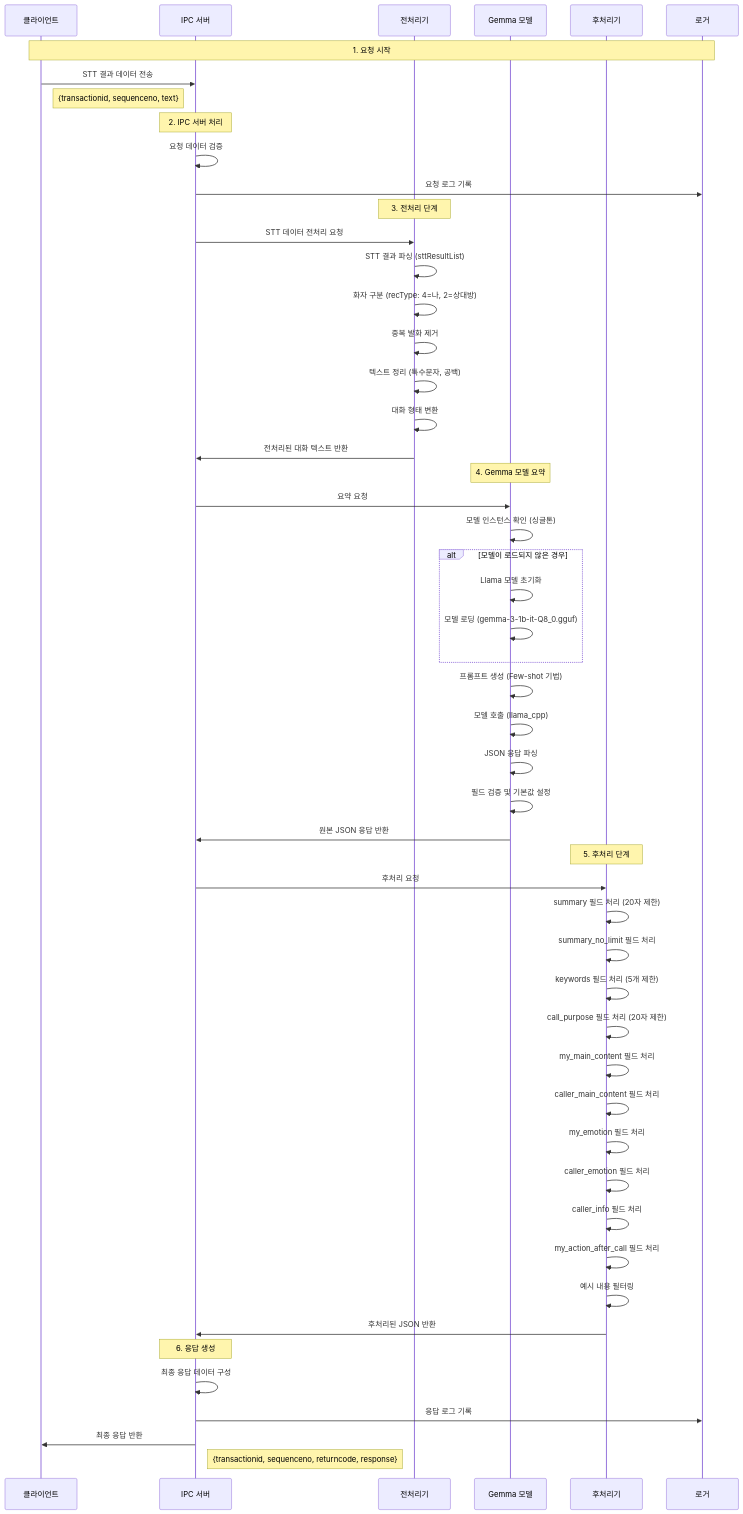
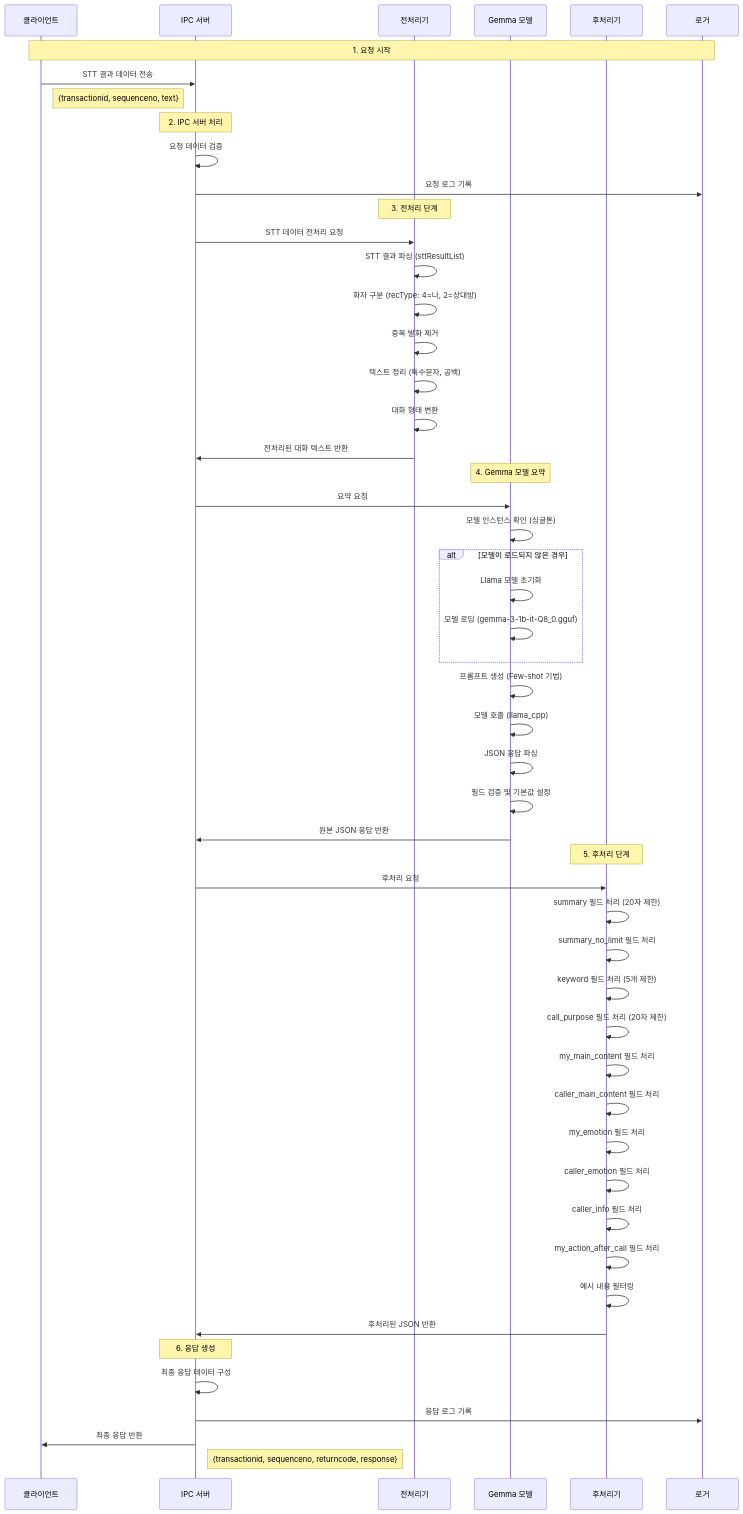
One commit to hak023/gemma-summarizer-poc changed the first of 5 diagrams in sequence_diagram.md. Above: the diagram before and after it, drawn with Mermaid. The commit also changed other lines of this file and 9 other files, not shown here.

Commit message:
JSON 파싱 개선 및 프롬프트 최적화 - JSON 파싱 로직 개선으로 완전한 응답 추출 - 프롬프트를 요점 중심 간결한 형태로 변경 - 파라미터 조정으로 모델 응답 일관성 향상 - keyword 필드 표준화 (keywords 제거) - paragraphs 필드 포함된 완전한 JSON 구조 적용

````diff
--- a/sequence_diagram.md
+++ b/sequence_diagram.md
@@ -5,60 +5,60 @@
 ```mermaid
 sequenceDiagram
     participant Client as 클라이언트
     participant IPC as IPC 서버
     participant Preprocessor as 전처리기
     participant Gemma as Gemma 모델
     participant Postprocessor as 후처리기
     participant Logger as 로거
 
     Note over Client,Logger: 1. 요청 시작
     Client->>IPC: STT 결과 데이터 전송
     Note right of Client: {transactionid, sequenceno, text}
     
     Note over IPC: 2. IPC 서버 처리
     IPC->>IPC: 요청 데이터 검증
     IPC->>Logger: 요청 로그 기록
     
     Note over Preprocessor: 3. 전처리 단계
     IPC->>Preprocessor: STT 데이터 전처리 요청
     Preprocessor->>Preprocessor: STT 결과 파싱 (sttResultList)
     Preprocessor->>Preprocessor: 화자 구분 (recType: 4=나, 2=상대방)
     Preprocessor->>Preprocessor: 중복 발화 제거
     Preprocessor->>Preprocessor: 텍스트 정리 (특수문자, 공백)
     Preprocessor->>Preprocessor: 대화 형태 변환
     Preprocessor->>IPC: 전처리된 대화 텍스트 반환
     
     Note over Gemma: 4. Gemma 모델 요약
     IPC->>Gemma: 요약 요청
     Gemma->>Gemma: 모델 인스턴스 확인 (싱글톤)
     alt 모델이 로드되지 않은 경우
         Gemma->>Gemma: Llama 모델 초기화
         Gemma->>Gemma: 모델 로딩 (gemma-3-1b-it-Q8_0.gguf)
     end
     Gemma->>Gemma: 프롬프트 생성 (Few-shot 기법)
     Gemma->>Gemma: 모델 호출 (llama_cpp)
     Gemma->>Gemma: JSON 응답 파싱
     Gemma->>Gemma: 필드 검증 및 기본값 설정
     Gemma->>IPC: 원본 JSON 응답 반환
     
     Note over Postprocessor: 5. 후처리 단계
     IPC->>Postprocessor: 후처리 요청
     Postprocessor->>Postprocessor: summary 필드 처리 (20자 제한)
     Postprocessor->>Postprocessor: summary_no_limit 필드 처리
-    Postprocessor->>Postprocessor: keywords 필드 처리 (5개 제한)
+    Postprocessor->>Postprocessor: keyword 필드 처리 (5개 제한)
     Postprocessor->>Postprocessor: call_purpose 필드 처리 (20자 제한)
     Postprocessor->>Postprocessor: my_main_content 필드 처리
     Postprocessor->>Postprocessor: caller_main_content 필드 처리
     Postprocessor->>Postprocessor: my_emotion 필드 처리
     Postprocessor->>Postprocessor: caller_emotion 필드 처리
     Postprocessor->>Postprocessor: caller_info 필드 처리
     Postprocessor->>Postprocessor: my_action_after_call 필드 처리
     Postprocessor->>Postprocessor: 예시 내용 필터링
     Postprocessor->>IPC: 후처리된 JSON 반환
     
     Note over IPC: 6. 응답 생성
     IPC->>IPC: 최종 응답 데이터 구성
     IPC->>Logger: 응답 로그 기록
     IPC->>Client: 최종 응답 반환
     Note right of IPC: {transactionid, sequenceno, returncode, response}
 ```
````
